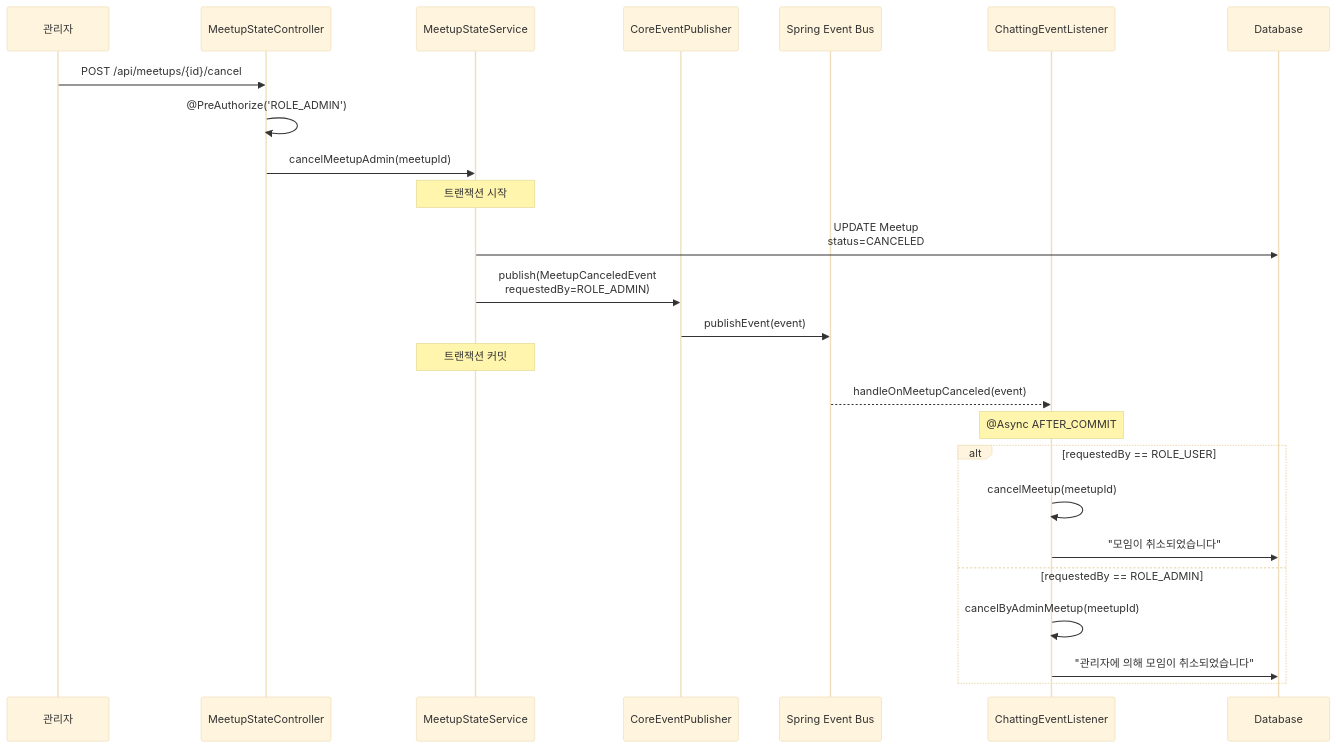
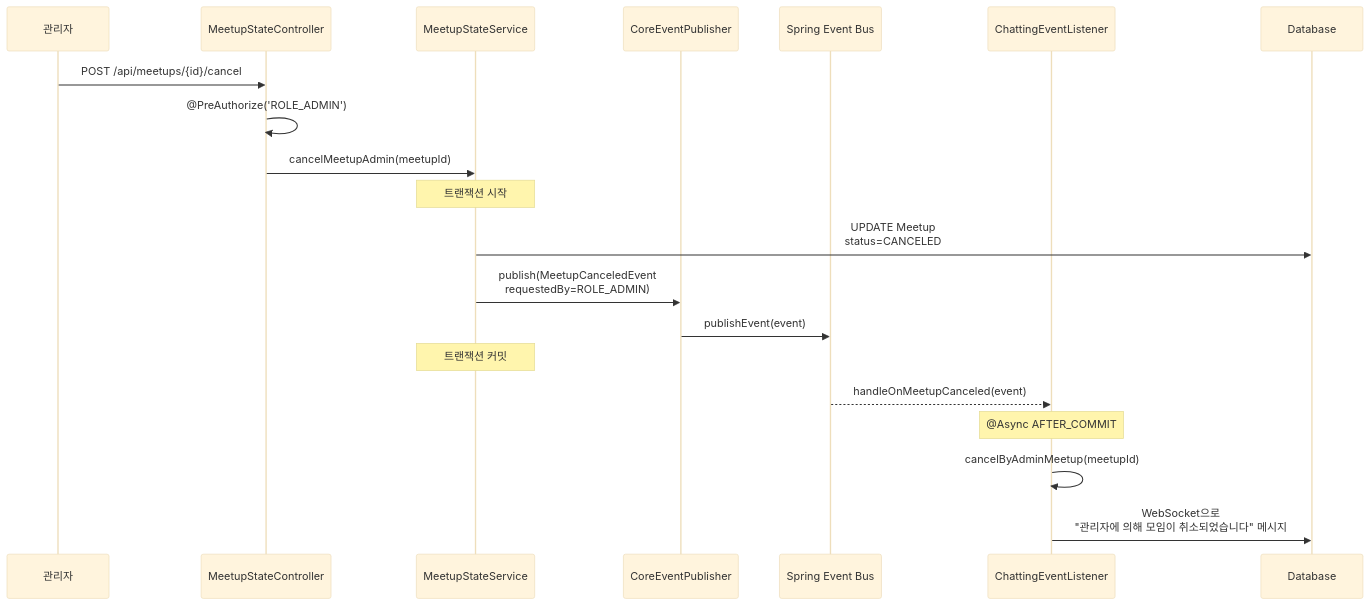
One commit to kakao-tech-campus-3rd-step3/Team11_BE changed the third of 7 diagrams in docs/diagrams/event-architecture.md. Above: the diagram before and after it, drawn with Mermaid (base theme). The commit also changed other lines of this file, not shown here.

Commit message:
docs(event): MeetupCanceledEvent ROLE_USER 분기 제거 및 다이어그램 수정(#76)

````diff
--- a/docs/diagrams/event-architecture.md
+++ b/docs/diagrams/event-architecture.md
@@ -113,33 +113,28 @@
 ```mermaid
 sequenceDiagram
     participant Admin as 관리자
     participant MSC as MeetupStateController
     participant MSS as MeetupStateService
     participant CEP as CoreEventPublisher
     participant EventBus as Spring Event Bus
     participant CEL as ChattingEventListener
     participant DB as Database
 
     Admin->>MSC: POST /api/meetups/{id}/cancel
     MSC->>MSC: @PreAuthorize('ROLE_ADMIN')
     MSC->>MSS: cancelMeetupAdmin(meetupId)
 
     Note over MSS: 트랜잭션 시작
 
     MSS->>DB: UPDATE Meetup<br/>status=CANCELED
     MSS->>CEP: publish(MeetupCanceledEvent<br/>requestedBy=ROLE_ADMIN)
     CEP->>EventBus: publishEvent(event)
 
     Note over MSS: 트랜잭션 커밋
 
     EventBus-->>CEL: handleOnMeetupCanceled(event)
     Note over CEL: @Async AFTER_COMMIT
 
-    alt requestedBy == ROLE_USER
-        CEL->>CEL: cancelMeetup(meetupId)
-        CEL->>DB: "모임이 취소되었습니다"
-    else requestedBy == ROLE_ADMIN
-        CEL->>CEL: cancelByAdminMeetup(meetupId)
-        CEL->>DB: "관리자에 의해 모임이 취소되었습니다"
-    end
+    CEL->>CEL: cancelByAdminMeetup(meetupId)
+    CEL->>DB: WebSocket으로<br/>"관리자에 의해 모임이 취소되었습니다" 메시지
 ```
````
